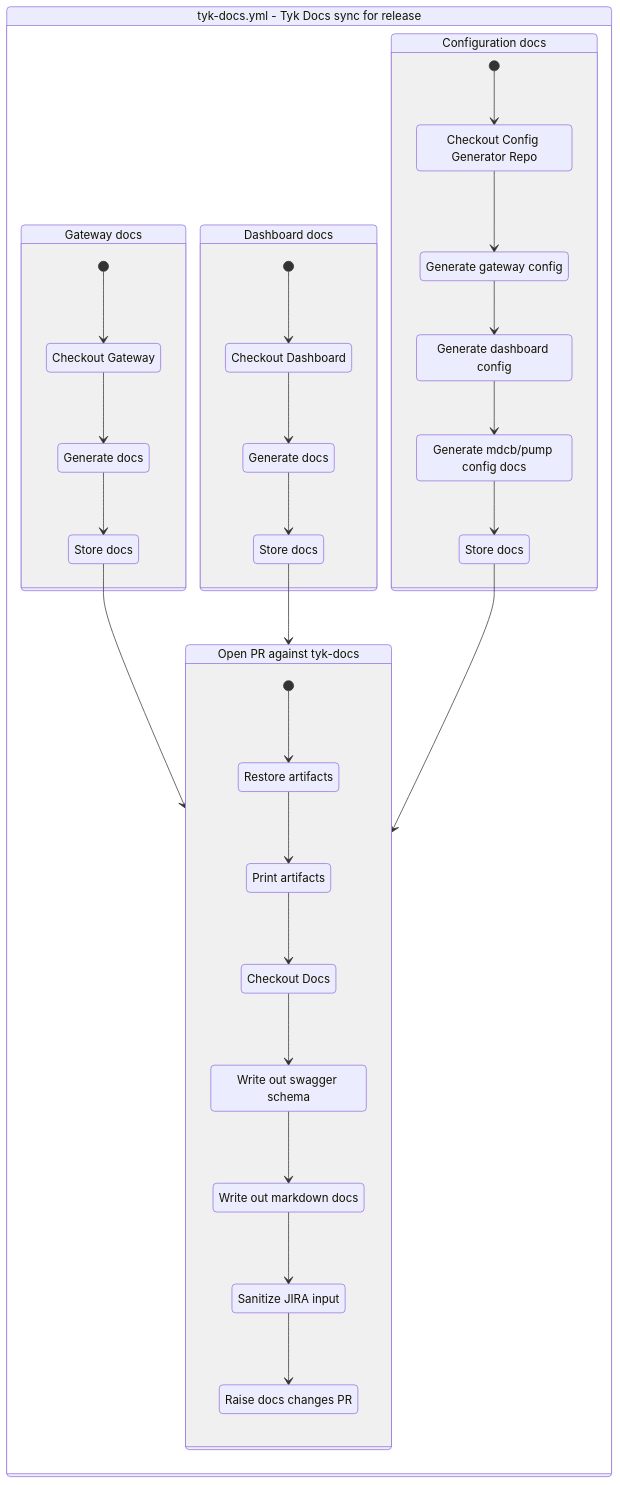
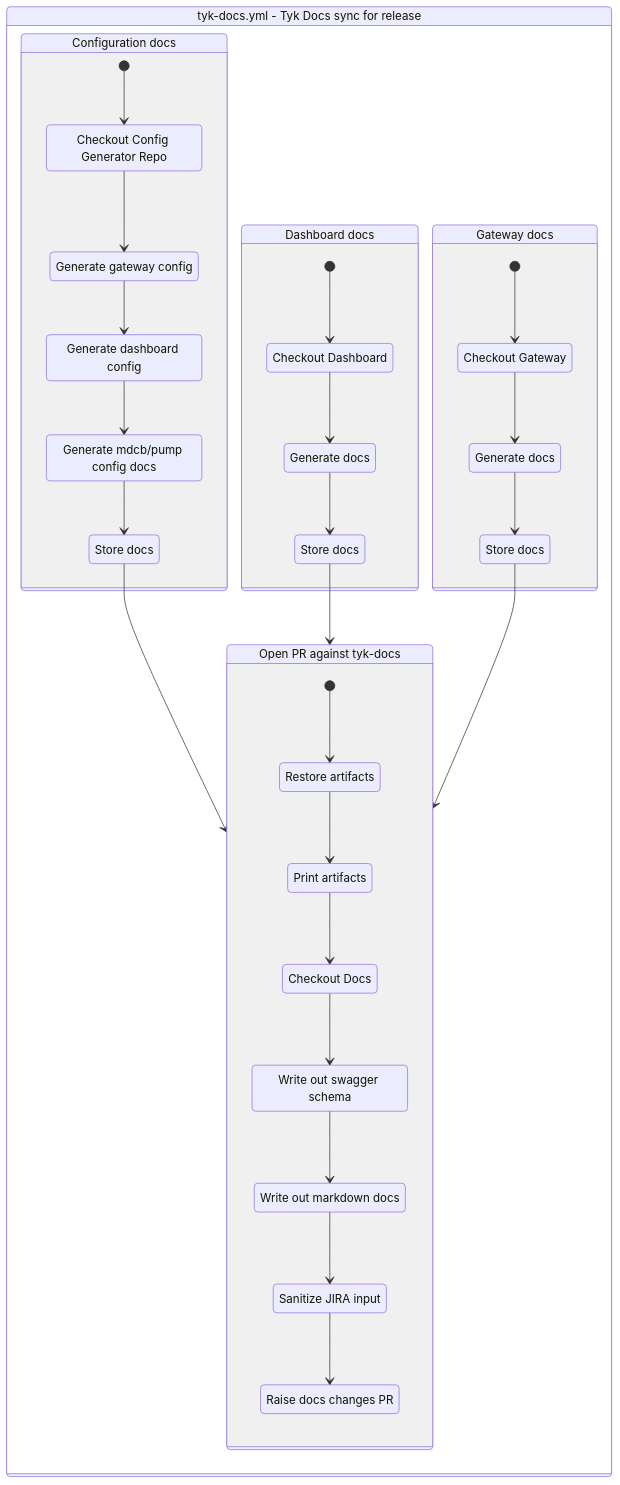
One commit to TykTechnologies/exp changed the diagram in cmd/github-actions-viz/README.md. Above: the diagram before and after it, drawn with Mermaid. The commit also changed other lines of this file, not shown here.

````diff
--- a/cmd/github-actions-viz/README.md
+++ b/cmd/github-actions-viz/README.md
@@ -24,60 +23,60 @@
 ```mermaid
 stateDiagram-v2
     workflow : tyk-docs.yml - Tyk Docs sync for release
     state workflow {
-        gateway: Gateway docs
-        state gateway {
-            [*] --> step0gateway
-            step0gateway : Checkout Gateway
-            step0gateway --> step1gateway
-            step1gateway : Generate docs
-            step1gateway --> step2gateway
-            step2gateway : Store docs
-            step2gateway --> finish
+        configs: Configuration docs
+        state configs {
+            [*] --> step0configs
+            step0configs : Checkout Config Generator Repo
+            step0configs --> step1configs
+            step1configs : Generate gateway config
+            step1configs --> step2configs
+            step2configs : Generate dashboard config
+            step2configs --> step3configs
+            step3configs : Generate mdcb/pump config docs
+            step3configs --> step4configs
+            step4configs : Store docs
+            step4configs --> finish
         }
 
         dashboard: Dashboard docs
         state dashboard {
             [*] --> step0dashboard
             step0dashboard : Checkout Dashboard
             step0dashboard --> step1dashboard
             step1dashboard : Generate docs
             step1dashboard --> step2dashboard
             step2dashboard : Store docs
             step2dashboard --> finish
         }
 
-        configs: Configuration docs
-        state configs {
-            [*] --> step0configs
-            step0configs : Checkout Config Generator Repo
-            step0configs --> step1configs
-            step1configs : Generate gateway config
-            step1configs --> step2configs
-            step2configs : Generate dashboard config
-            step2configs --> step3configs
-            step3configs : Generate mdcb/pump config docs
-            step3configs --> step4configs
-            step4configs : Store docs
-            step4configs --> finish
+        gateway: Gateway docs
+        state gateway {
+            [*] --> step0gateway
+            step0gateway : Checkout Gateway
+            step0gateway --> step1gateway
+            step1gateway : Generate docs
+            step1gateway --> step2gateway
+            step2gateway : Store docs
+            step2gateway --> finish
         }
 
         finish: Open PR against tyk-docs
         state finish {
             [*] --> step0finish
             step0finish : Restore artifacts
             step0finish --> step1finish
             step1finish : Print artifacts
             step1finish --> step2finish
             step2finish : Checkout Docs
             step2finish --> step3finish
             step3finish : Write out swagger schema
             step3finish --> step4finish
             step4finish : Write out markdown docs
             step4finish --> step5finish
             step5finish : Sanitize JIRA input
             step5finish --> step6finish
             step6finish : Raise docs changes PR
         }
     }
 ```
````
